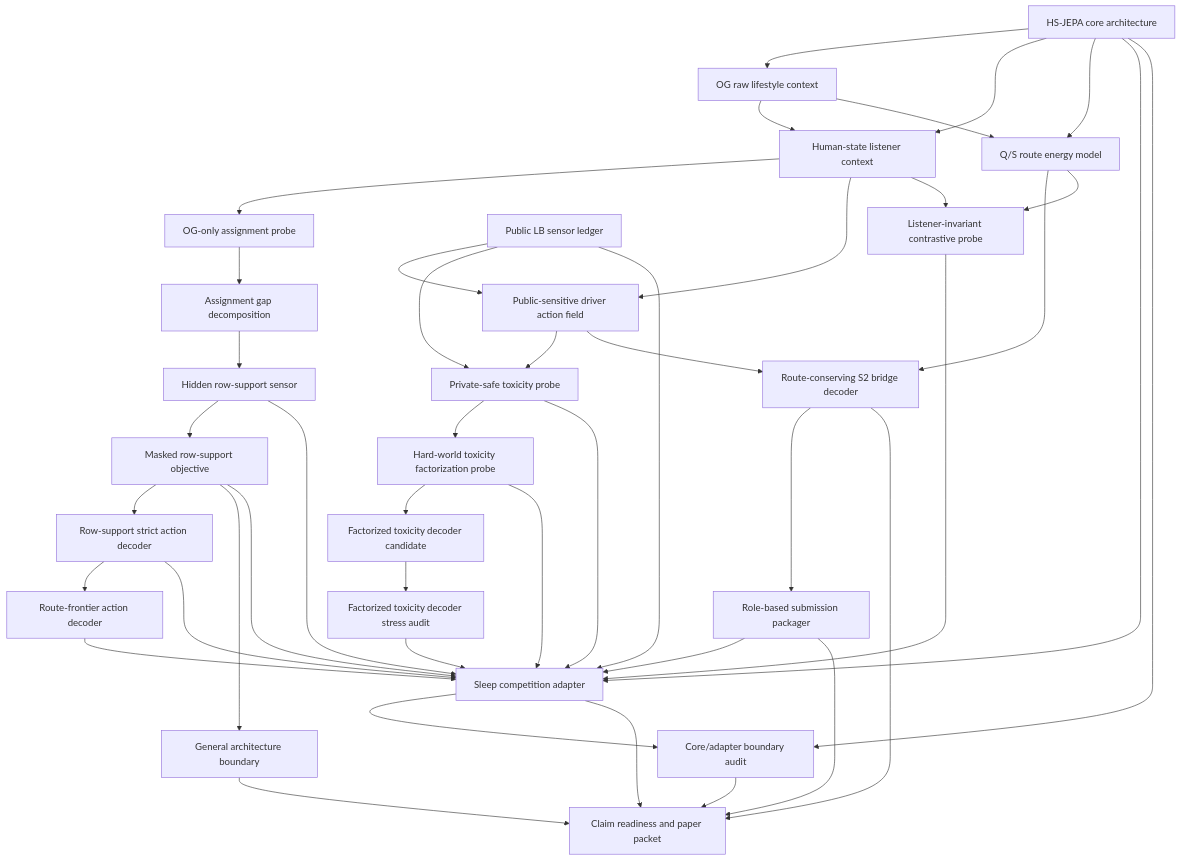
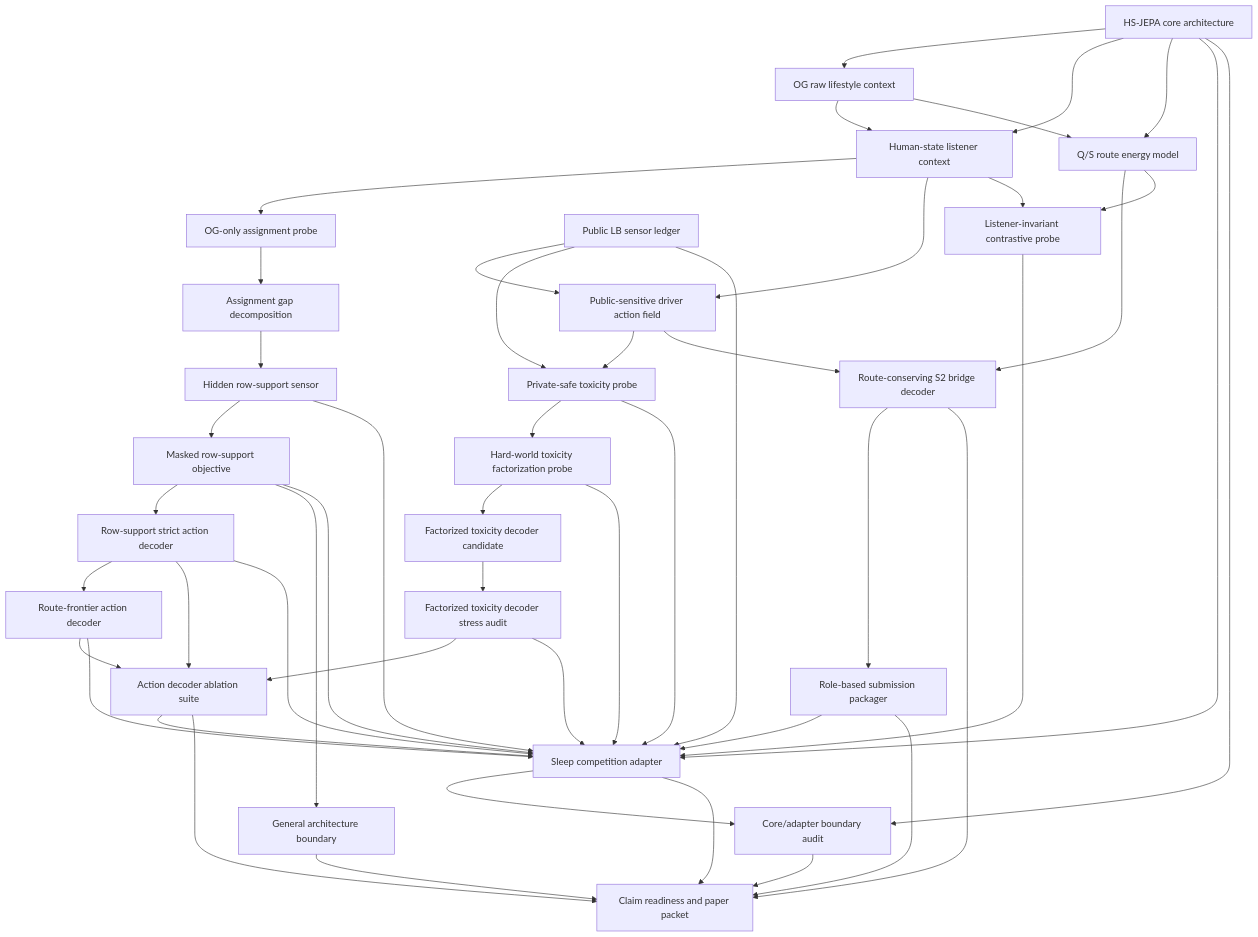
One commit to kbsooo/etri changed the diagram in team_hsjepa_end_to_end/outputs/route_conserving_s2_bridge/hsjepa_pipeline_manifest_ko.md. Above: the diagram before and after it, drawn with Mermaid. The commit also changed other lines of this file and 31 other files, not shown here.

Commit message:
feat(hsjepa): add action decoder ablation suite

````diff
--- a/team_hsjepa_end_to_end/outputs/route_conserving_s2_bridge/hsjepa_pipeline_manifest_ko.md
+++ b/team_hsjepa_end_to_end/outputs/route_conserving_s2_bridge/hsjepa_pipeline_manifest_ko.md
@@ -13,45 +13,50 @@
 ```mermaid
 flowchart TD
     CORE["HS-JEPA core architecture"] --> A["OG raw lifestyle context"]
     CORE --> C["Human-state listener context"]
     CORE --> D["Q/S route energy model"]
     A["OG raw lifestyle context"] --> C["Human-state listener context"]
     A --> D["Q/S route energy model"]
     C --> P1["OG-only assignment probe"]
     P1 --> GAP["Assignment gap decomposition"]
     GAP --> RSP["Hidden row-support sensor"]
     RSP --> MRO["Masked row-support objective"]
     MRO --> RSA["Row-support strict action decoder"]
     RSA --> RFA["Route-frontier action decoder"]
+    RFA --> ADA["Action decoder ablation suite"]
     MRO --> GEN["General architecture boundary"]
     B["Public LB sensor ledger"] --> E["Public-sensitive driver action field"]
     C --> E
     D --> F["Route-conserving S2 bridge decoder"]
     C --> P2["Listener-invariant contrastive probe"]
     D --> P2
     B --> P3["Private-safe toxicity probe"]
     E --> P3
     P3 --> P4["Hard-world toxicity factorization probe"]
     P4 --> P5["Factorized toxicity decoder candidate"]
     P5 --> P6["Factorized toxicity decoder stress audit"]
+    P6 --> ADA
+    RSA --> ADA
     E --> F
     F --> G["Role-based submission packager"]
     G --> ADAPT["Sleep competition adapter"]
     CORE --> ADAPT
     B --> ADAPT
     P2 --> ADAPT
     P3 --> ADAPT
     P4 --> ADAPT
     P6 --> ADAPT
     RSP --> ADAPT
     MRO --> ADAPT
     RSA --> ADAPT
     RFA --> ADAPT
+    ADA --> ADAPT
     ADAPT --> BAUD["Core/adapter boundary audit"]
     CORE --> BAUD
     GEN --> H["Claim readiness and paper packet"]
     BAUD --> H
     ADAPT --> H["Claim readiness and paper packet"]
     G --> H["Claim readiness and paper packet"]
     F --> H
+    ADA --> H
 ```
````
